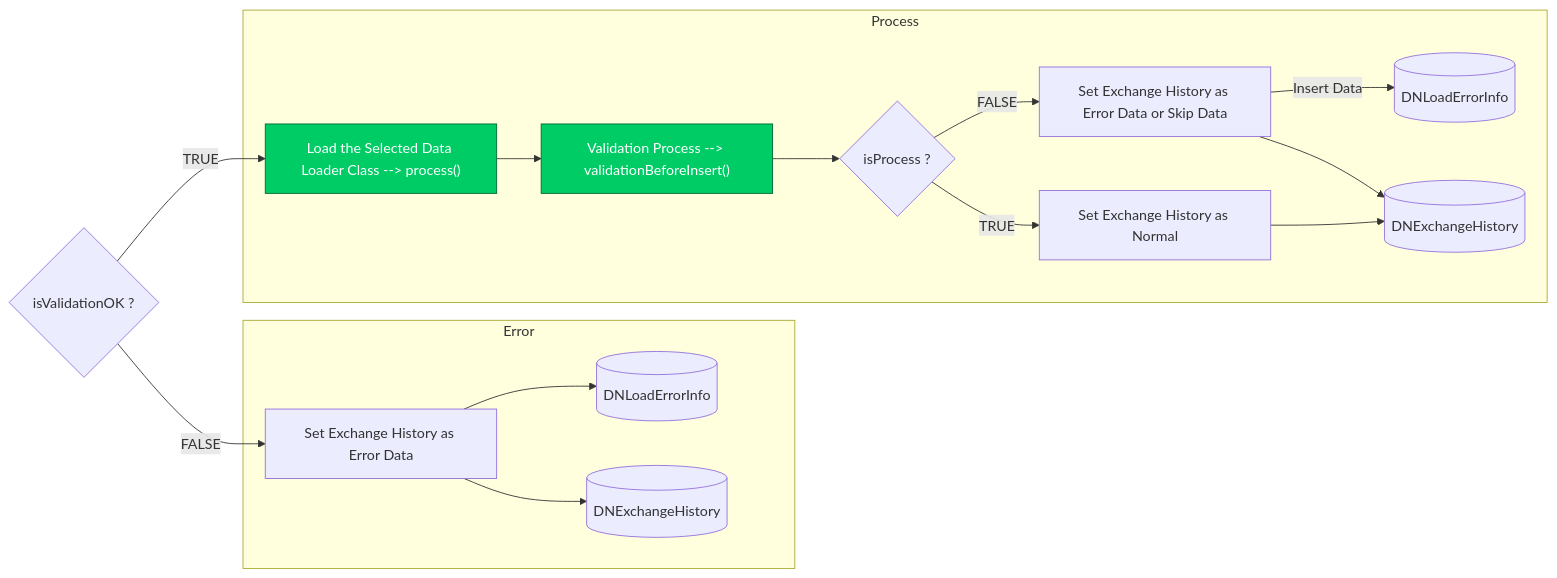
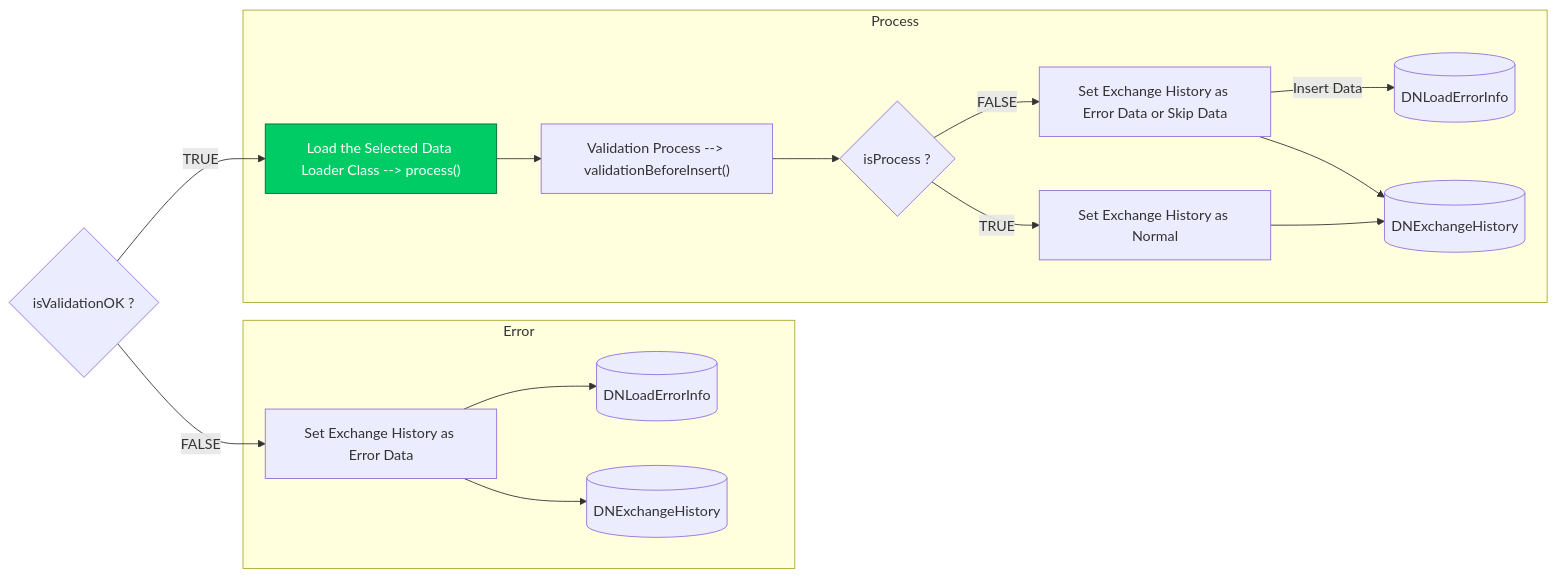
Before and after one commit to luthfiadityaa/SimeDarby-Wiki: the ninth of 9 diagrams in Basic-Design/Host-Interfaces.md, drawn with Mermaid.

Commit message:
Updated Host Interfaces

```diff
--- a/Basic-Design/Host-Interfaces.md
+++ b/Basic-Design/Host-Interfaces.md
@@ -712,33 +712,31 @@
 ::: mermaid
 flowchart LR
 Cond1{"isValidationOK ?"}
 Cond1 --> |TRUE| B2
 Cond1 --> |FALSE| C2
 X1[(DNExchangeHistory)]
 
 subgraph Error
  C2 --> C3 
  C2 --> C4
  C4[(DNExchangeHistory)]
  C3[(DNLoadErrorInfo)]
  C2["Set Exchange History as Error Data"] 
 end
 
 subgraph Process
  B2 --> B3 --> Cond2
  Cond2{"isProcess ?"}
  B2["Load the Selected Data Loader Class --> process()"]
  B3["Validation Process --> validationBeforeInsert()"]
  B4["Set Exchange History as Error Data or Skip Data"]
  B5["Set Exchange History as Normal"]
  B6[(DNLoadErrorInfo)]
  Cond2 --> |FALSE| B4 --> |Insert Data| B6
  B4 --> X1
  Cond2 --> |TRUE| B5 --> X1
 end 
 
 click B2 "https://dev.azure.com/Daifuku-SW/ID_SimeDarbyPlantation/_wiki/wikis/ID_SimeDarbyPlantation.wiki/833/Host-Interfaces?anchor=stage-3"
-click B3 "https://dev.azure.com/Daifuku-SW/ID_SimeDarbyPlantation/_wiki/wikis/ID_SimeDarbyPlantation.wiki/833/Host-Interfaces?anchor=stage-4"
 style B2 fill:#00cc66,stroke:#006633,color:#ffffff
-style B3 fill:#00cc66,stroke:#006633,color:#ffffff
 :::
```
